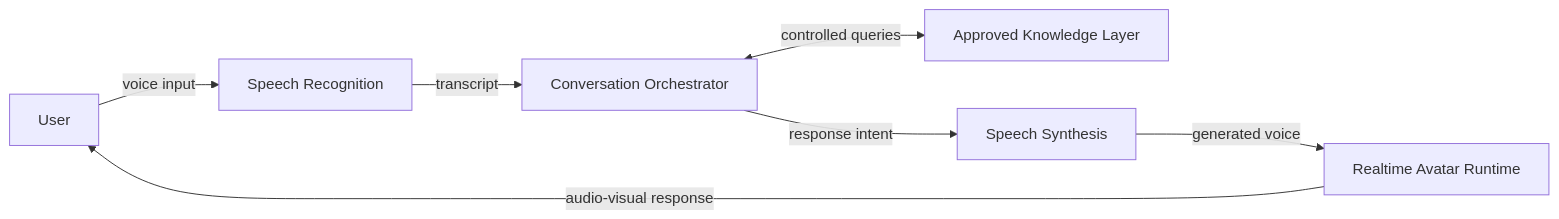
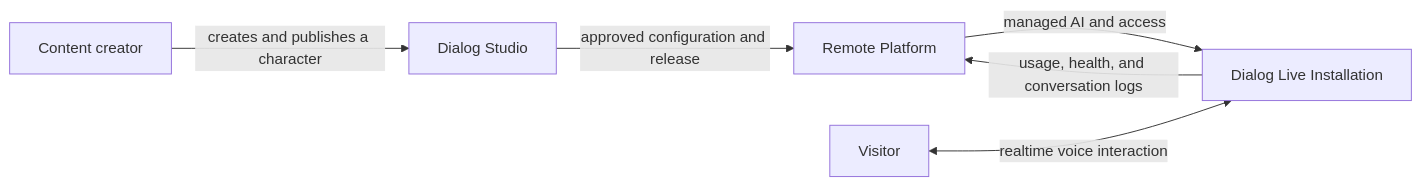
The first of 4 diagrams in README.md (amizzan84-lab/dialog-live-showcase), drawn with Mermaid before and after one commit. The commit also changed other lines of this file and 10 other files, not shown here.

````diff
--- a/README.md
+++ b/README.md
@@ -56,16 +26,14 @@
 ```mermaid
 flowchart LR
-    U["User"]
-    STT["Speech Recognition"]
-    BRAIN["Conversation Orchestrator"]
-    KNOW["Approved Knowledge Layer"]
-    TTS["Speech Synthesis"]
-    AVATAR["Realtime Avatar Runtime"]
+    CREATOR["Content creator"]
+    STUDIO["Dialog Studio"]
+    PLATFORM["Remote Platform"]
+    LIVE["Dialog Live Installation"]
+    VISITOR["Visitor"]
 
-    U -->|"voice input"| STT
-    STT -->|"transcript"| BRAIN
-    BRAIN <-->|"controlled queries"| KNOW
-    BRAIN -->|"response intent"| TTS
-    TTS -->|"generated voice"| AVATAR
-    AVATAR -->|"audio-visual response"| U
+    CREATOR -->|"creates and publishes a character"| STUDIO
+    STUDIO -->|"approved configuration and release"| PLATFORM
+    PLATFORM -->|"managed AI and access"| LIVE
+    VISITOR <-->|"realtime voice interaction"| LIVE
+    LIVE -->|"usage, health, and conversation logs"| PLATFORM
 ```
````
